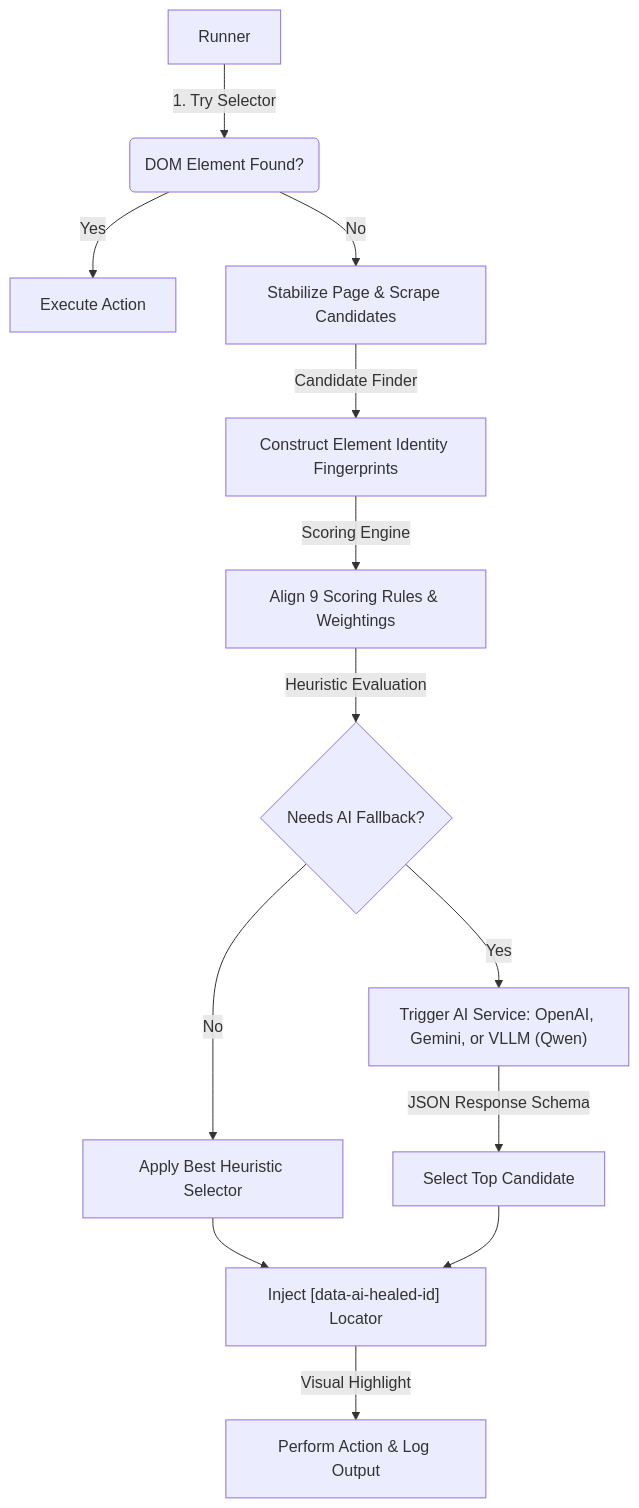
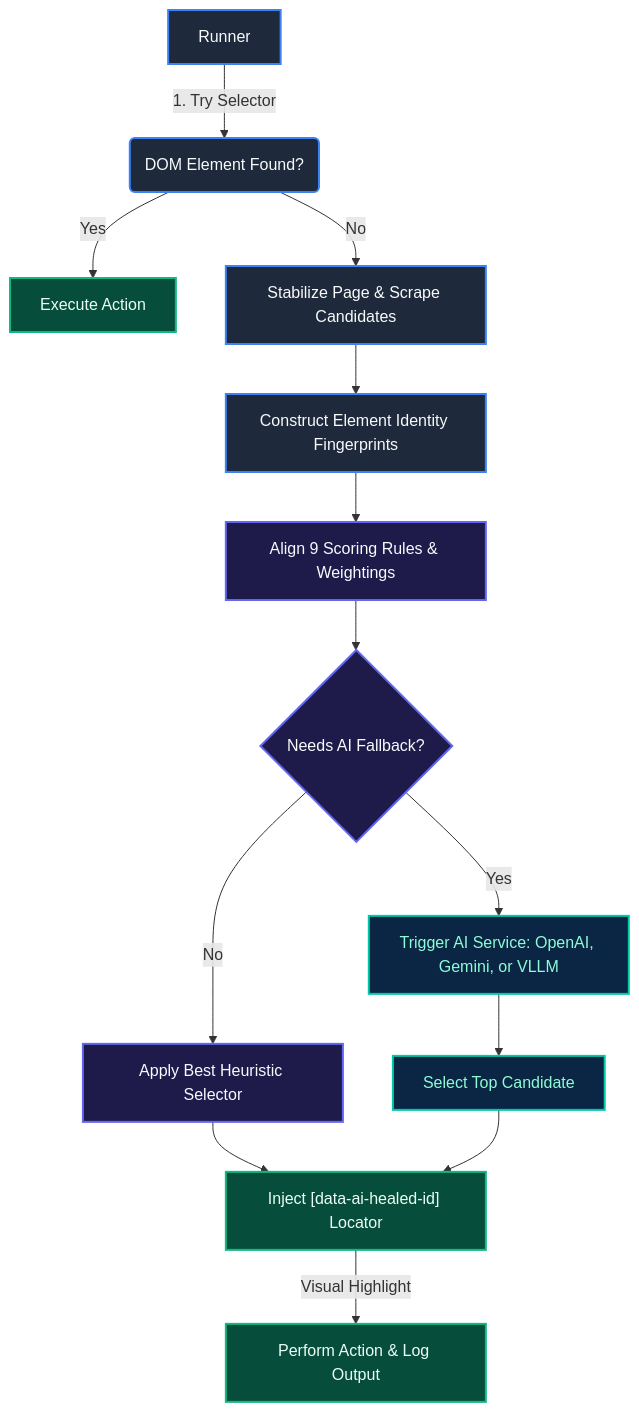
The diagram in README.md (shambhoo-narwaria/reLOCATE.AI-Intelligent-Element-Recovery-Engine), drawn with Mermaid before and after one commit. The commit also changed other lines of this file and 1 other file, not shown here.

````diff
--- a/README.md
+++ b/README.md
@@ -25,15 +39,21 @@
 ```mermaid
 graph TD
-    A[Runner] -->|1. Try Selector| B(DOM Element Found?)
-    B -->|Yes| C[Execute Action]
-    B -->|No| D[Stabilize Page & Scrape Candidates]
-    D -->|Candidate Finder| E[Construct Element Identity Fingerprints]
-    E -->|Scoring Engine| F[Align 9 Scoring Rules & Weightings]
-    F -->|Heuristic Evaluation| G{Needs AI Fallback?}
-    G -->|No| H[Apply Best Heuristic Selector]
-    G -->|Yes| I["Trigger AI Service: OpenAI, Gemini, or VLLM (Qwen)"]
-    I -->|JSON Response Schema| J[Select Top Candidate]
-    H --> K["Inject [data-ai-healed-id] Locator"]
+    %% Custom Theme Styling
+    classDef runner fill:#1e293b,stroke:#3b82f6,stroke-width:2px,color:#f8fafc;
+    classDef scoring fill:#1e1b4b,stroke:#6366f1,stroke-width:2px,color:#f8fafc;
+    classDef ai fill:#0b2545,stroke:#00c9a7,stroke-width:2px,color:#8efcd4;
+    classDef action fill:#064e3b,stroke:#10b981,stroke-width:2px,color:#ecfdf5;
+
+    A[Runner]:::runner -->|1. Try Selector| B(DOM Element Found?):::runner
+    B -->|Yes| C[Execute Action]:::action
+    B -->|No| D[Stabilize Page & Scrape Candidates]:::runner
+    D --> E[Construct Element Identity Fingerprints]:::runner
+    E --> F[Align 9 Scoring Rules & Weightings]:::scoring
+    F --> G{Needs AI Fallback?}:::scoring
+    G -->|No| H[Apply Best Heuristic Selector]:::scoring
+    G -->|Yes| I["Trigger AI Service: OpenAI, Gemini, or VLLM"]:::ai
+    I --> J[Select Top Candidate]:::ai
+    H --> K["Inject [data-ai-healed-id] Locator"]:::action
     J --> K
-    K -->|Visual Highlight| L[Perform Action & Log Output]
+    K -->|Visual Highlight| L[Perform Action & Log Output]:::action
 ```
````
